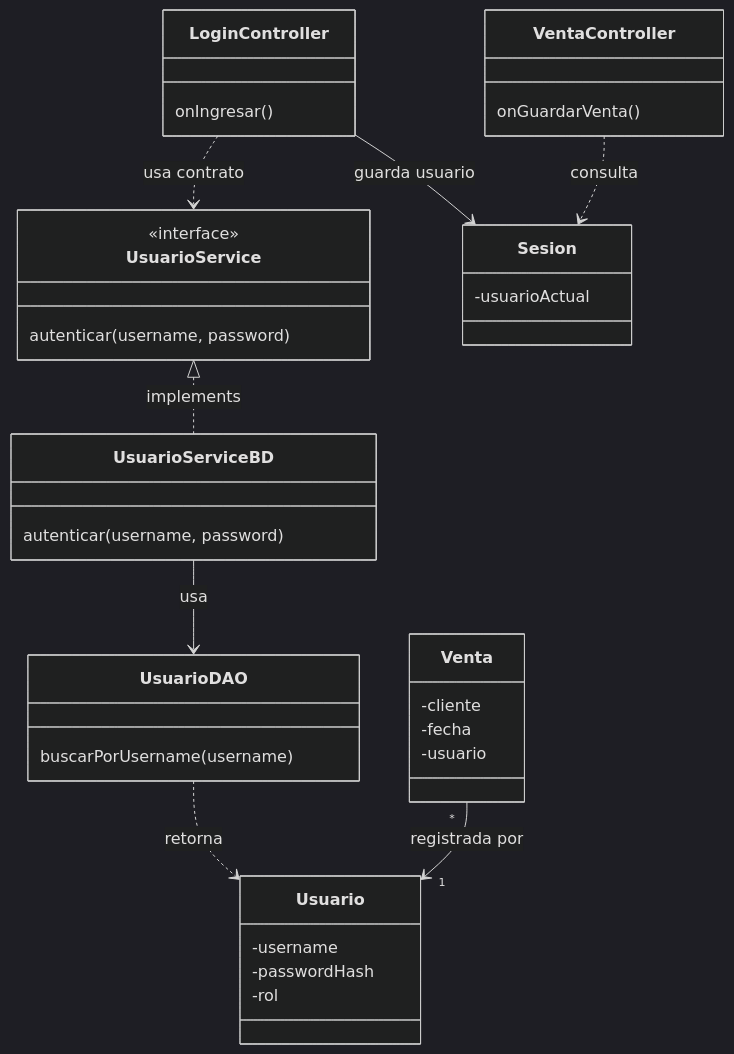
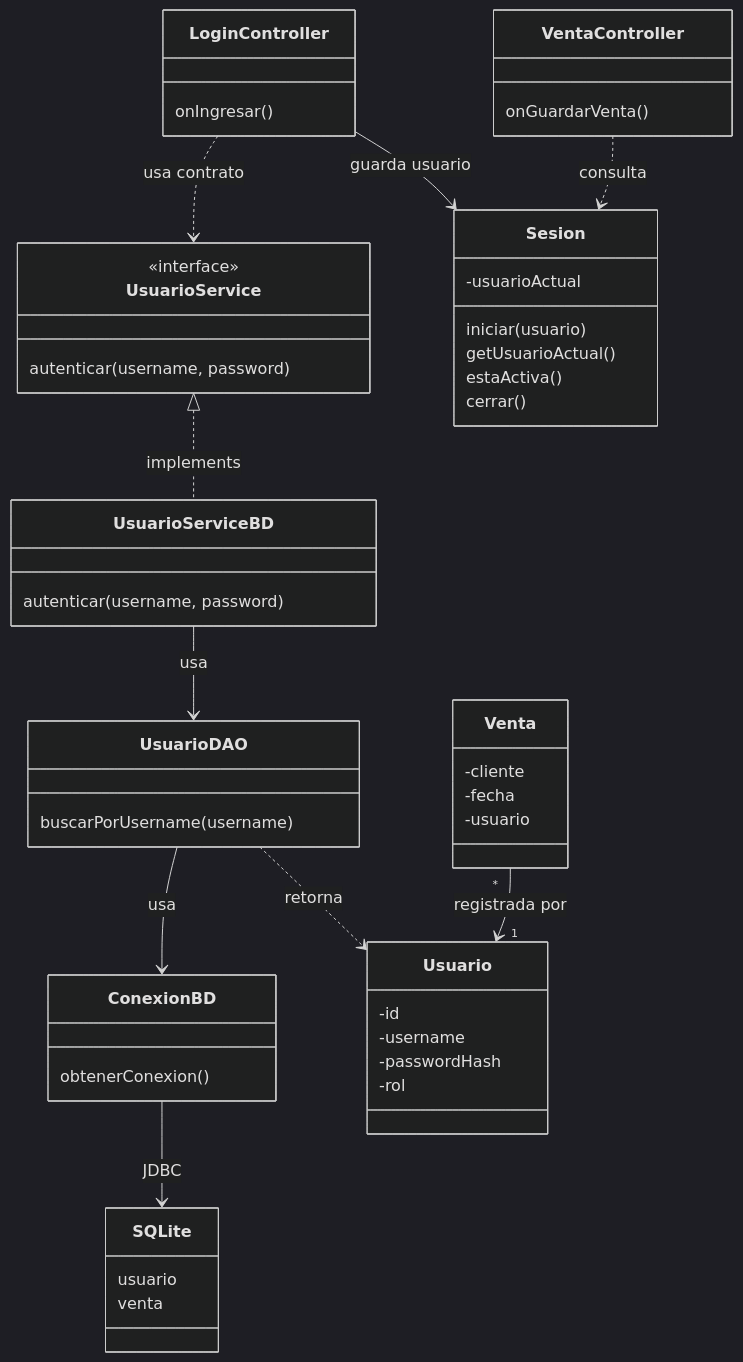
The diagram in docs/S10_Seguridad_Relacion_Uno_Muchos.md (262poo/comarket), drawn with Mermaid (dark theme) before and after one commit. The commit also changed other lines of this file and 10 other files, not shown here.

````diff
--- a/docs/S10_Seguridad_Relacion_Uno_Muchos.md
+++ b/docs/S10_Seguridad_Relacion_Uno_Muchos.md
@@ -61,47 +65,63 @@
 ```mermaid
 classDiagram
     class LoginController {
         onIngresar()
     }
 
     class VentaController {
         onGuardarVenta()
     }
 
     class UsuarioService {
         <<interface>>
         autenticar(username, password)
     }
 
     class UsuarioServiceBD {
         autenticar(username, password)
     }
 
     class UsuarioDAO {
         buscarPorUsername(username)
     }
 
+    class ConexionBD {
+        obtenerConexion()
+    }
+
+    class SQLite {
+        usuario
+        venta
+    }
+
     class Sesion {
         -usuarioActual
+        iniciar(usuario)
+        getUsuarioActual()
+        estaActiva()
+        cerrar()
     }
 
     class Usuario {
+        -id
         -username
         -passwordHash
         -rol
     }
 
     class Venta {
         -cliente
         -fecha
         -usuario
     }
 
     LoginController ..> UsuarioService : usa contrato
     UsuarioService <|.. UsuarioServiceBD : implements
     UsuarioServiceBD --> UsuarioDAO : usa
+    UsuarioDAO --> ConexionBD : usa
+    ConexionBD --> SQLite : JDBC
     UsuarioDAO ..> Usuario : retorna
     LoginController --> Sesion : guarda usuario
     VentaController ..> Sesion : consulta
     Venta "*" --> "1" Usuario : registrada por
 ```
````
